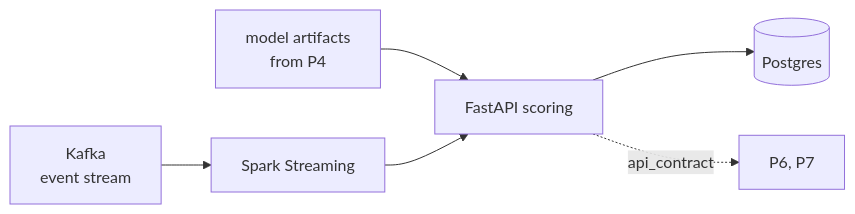
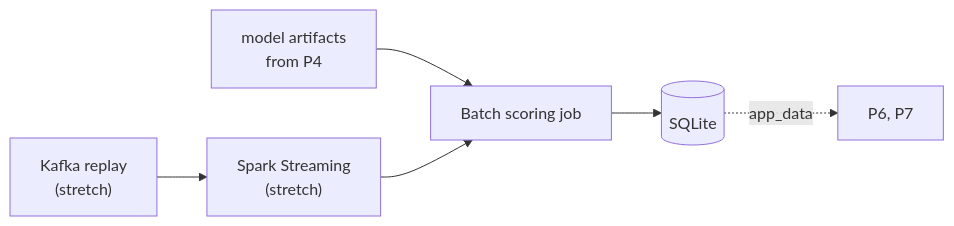
The seventh of 9 diagrams in fraud-system/README.md (Break-Through-Tech/Banking-1B-online-payment-fraud-detection-using-high-dimensional-transaction-data), drawn with Mermaid before and after one commit. The commit also changed other lines of this file and 2 other files, not shown here.

````diff
--- a/fraud-system/README.md
+++ b/fraud-system/README.md
@@ -136,8 +141,8 @@
 ```mermaid
 flowchart LR
-    K["Kafka<br/>event stream"] --> SP["Spark Streaming"]
-    MOD["model artifacts<br/>from P4"] --> API["FastAPI scoring"]
-    SP --> API
-    API --> DB[("Postgres")]
-    API -.->|"api_contract"| UI["P6, P7"]
+    MOD["model artifacts<br/>from P4"] --> JOB["Batch scoring job"]
+    K["Kafka replay<br/>(stretch)"] --> SP["Spark Streaming<br/>(stretch)"]
+    SP --> JOB
+    JOB --> DB[("SQLite")]
+    DB -.->|"app_data"| UI["P6, P7"]
 ```
````
